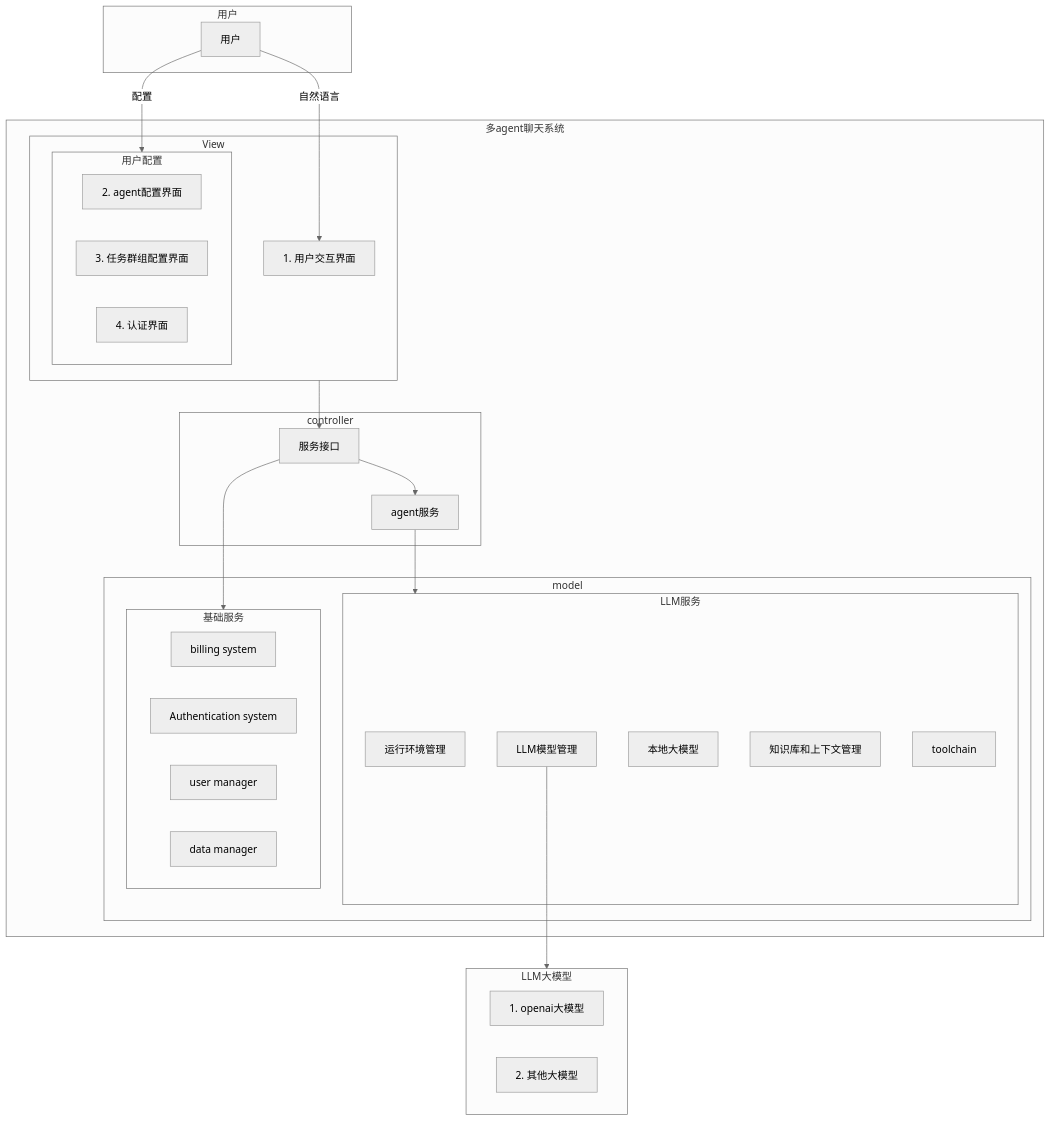
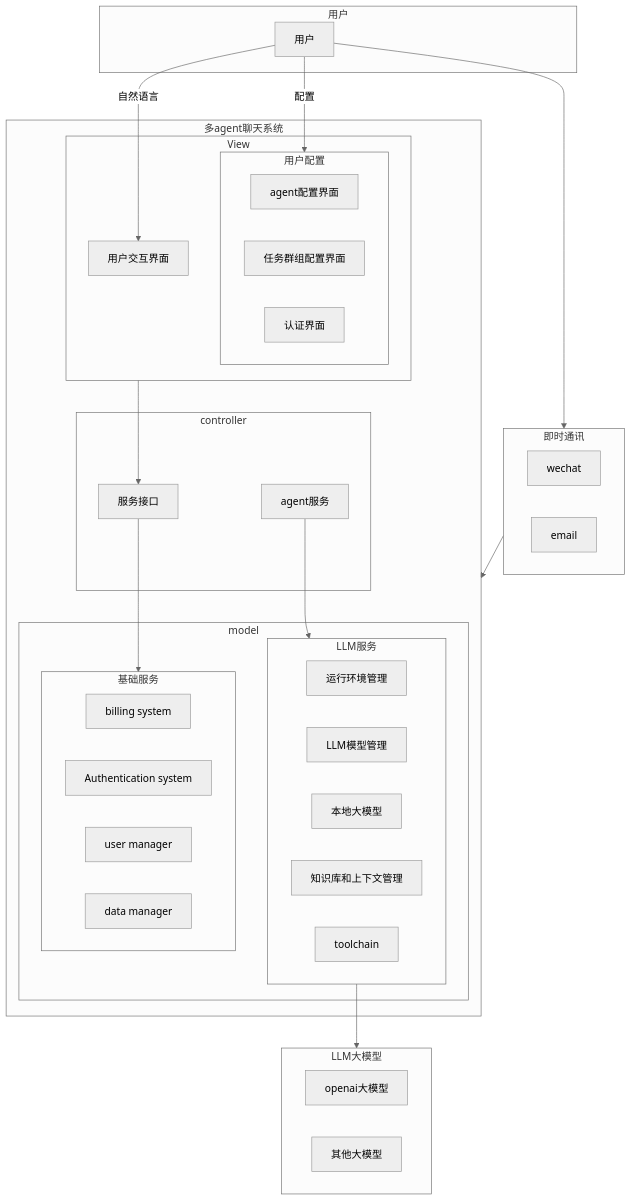
Before and after one commit to glee0413/agentsoft: the diagram in doc/requirements/10 Architectural Design/01 context/系统设计.md, drawn with Mermaid (neutral theme).

Commit message:
fix:context架构：添加即时通信框架

````diff
--- a/doc/requirements/10 Architectural Design/01 context/系统设计.md
+++ b/doc/requirements/10 Architectural Design/01 context/系统设计.md
@@ -5,53 +5,60 @@
 ``` mermaid
 graph TD
-    subgraph 多agent聊天系统
+    subgraph id_multyagent[多agent聊天系统]
         subgraph id_view["View"]
-            id_chat["1. 用户交互界面"]
+            id_chat["用户交互界面"]
             
             subgraph id_user_configer["用户配置"]
-                id_agent_conf["2. agent配置界面"]
-                id_group_conf["3. 任务群组配置界面"]
-                id_auth_conf["4. 认证界面"]
+                id_agent_conf["agent配置界面"]
+                id_group_conf["任务群组配置界面"]
+                id_auth_conf["认证界面"]
             end
         end
 
-        subgraph "controller"   
+        subgraph id_controller["controller"]
             id_service["服务接口"]
             id_agent["agent服务"]  
         end
         
         subgraph id_model["model"]
+            subgraph id_baseservice[基础服务]
+                id_bill["billing system"]
+                id_auth["Authentication system"]
+                id_usermgr["user manager"]
+                id_datamgr["data manager"]
+            end
             subgraph id_LLMservice[LLM服务]
                 id_env["运行环境管理"] 
                 id_modelmgr["LLM模型管理"]
                 id_localllm["本地大模型"]
 
                 id_context["知识库和上下文管理"]
                 id_toolchain["toolchain"]
             end
-            subgraph id_baseservice[基础服务]
-                id_bill["billing system"]
-                id_auth["Authentication system"]
-                id_usermgr["user manager"]
-                id_datamgr["data manager"]
-            end
+            
         end
     end
     
     subgraph "用户"
         id_user["用户"] 
     end
+
+    subgraph id_instantmsg["即时通讯"]
+        id_wechat["wechat"]
+        id_email["email"] 
+    end
     
     subgraph id_LLMSupplier["LLM大模型"]
-        id8["1. openai大模型"]
-        id9["2. 其他大模型"]
+        id8["openai大模型"]
+        id9["其他大模型"]
     end
     id_view --> id_service
-    id_service --> id_agent
     id_user --自然语言--> id_chat
     id_user --配置--> id_user_configer
-    id_modelmgr --> id_LLMSupplier
+    id_LLMservice --> id_LLMSupplier
     id_agent --> id_LLMservice
     id_service --> id_baseservice
+    id_instantmsg --> id_multyagent
+    id_user --> id_instantmsg
 
 ```
````
